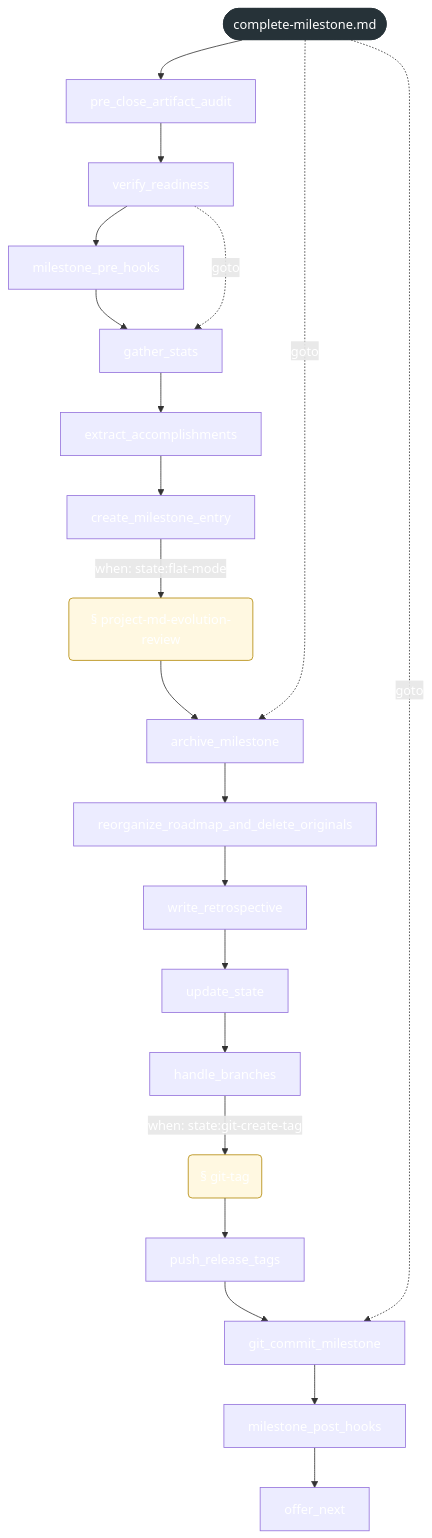
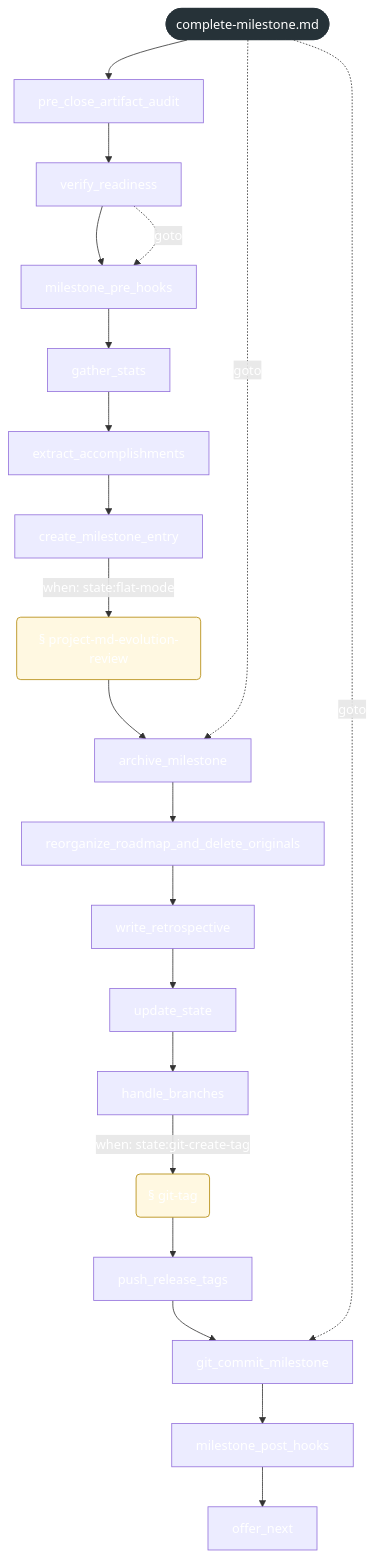
The first of 2 diagrams in docs/reference/workflow-maps/complete-milestone.md (Govorin/gsd-core), drawn with Mermaid before and after one commit. The commit also changed 6 other files, not shown here.

First line of the commit message:
fix(workflows): stop step jumps skipping loop-point hooks

````diff
--- a/docs/reference/workflow-maps/complete-milestone.md
+++ b/docs/reference/workflow-maps/complete-milestone.md
@@ -15,51 +15,51 @@
 ```mermaid
 flowchart TB
   wf_root(["complete-milestone.md"]):::root
   u_step_pre_close_artifact_audit["pre_close_artifact_audit"]
   u_step_verify_readiness["verify_readiness"]
   u_step_milestone_pre_hooks["milestone_pre_hooks"]
   u_step_gather_stats["gather_stats"]
   u_step_extract_accomplishments["extract_accomplishments"]
   u_step_create_milestone_entry["create_milestone_entry"]
   u_section_project_md_evolution_review("§ project-md-evolution-review"):::conditional
   u_step_archive_milestone["archive_milestone"]
   u_step_reorganize_roadmap_and_delete_originals["reorganize_roadmap_and_delete_originals"]
   u_step_write_retrospective["write_retrospective"]
   u_step_update_state["update_state"]
   u_step_handle_branches["handle_branches"]
   u_section_git_tag("§ git-tag"):::conditional
   u_step_push_release_tags["push_release_tags"]
   u_step_git_commit_milestone["git_commit_milestone"]
   u_step_milestone_post_hooks["milestone_post_hooks"]
   u_step_offer_next["offer_next"]
   wf_root --> u_step_pre_close_artifact_audit
   u_step_pre_close_artifact_audit --> u_step_verify_readiness
   u_step_verify_readiness --> u_step_milestone_pre_hooks
   u_step_milestone_pre_hooks --> u_step_gather_stats
   u_step_gather_stats --> u_step_extract_accomplishments
   u_step_extract_accomplishments --> u_step_create_milestone_entry
   u_step_create_milestone_entry -->|"when#58; state#58;flat-mode"| u_section_project_md_evolution_review
   u_section_project_md_evolution_review --> u_step_archive_milestone
   u_step_archive_milestone --> u_step_reorganize_roadmap_and_delete_originals
   u_step_reorganize_roadmap_and_delete_originals --> u_step_write_retrospective
   u_step_write_retrospective --> u_step_update_state
   u_step_update_state --> u_step_handle_branches
   u_step_handle_branches -->|"when#58; state#58;git-create-tag"| u_section_git_tag
   u_section_git_tag --> u_step_push_release_tags
   u_step_push_release_tags --> u_step_git_commit_milestone
   u_step_git_commit_milestone --> u_step_milestone_post_hooks
   u_step_milestone_post_hooks --> u_step_offer_next
-  u_step_verify_readiness -.->|"goto"| u_step_gather_stats
+  u_step_verify_readiness -.->|"goto"| u_step_milestone_pre_hooks
   wf_root -.->|"goto"| u_step_archive_milestone
   wf_root -.->|"goto"| u_step_git_commit_milestone
   classDef missing fill:#fdecea,stroke:#d33,stroke-dasharray:4 3
   classDef unparsed fill:#f5f5f5,stroke:#999999,stroke-dasharray:4 3,color:#555
   classDef conditional fill:#fff8e1,stroke:#b28704
   classDef root fill:#263238,color:#ffffff,stroke:#263238
   classDef agent fill:#e8f0fe,stroke:#3367d6
   classDef builtin fill:#eeeeee,stroke:#777777
   classDef capability fill:#e6f4ea,stroke:#2e7d32
   classDef dynamic fill:#f2f2f2,stroke:#888,stroke-dasharray:2 2
   classDef point fill:#f3e8fd,stroke:#8e24aa
   classDef workflow fill:#ffffff,stroke:#555555
 ```
````
